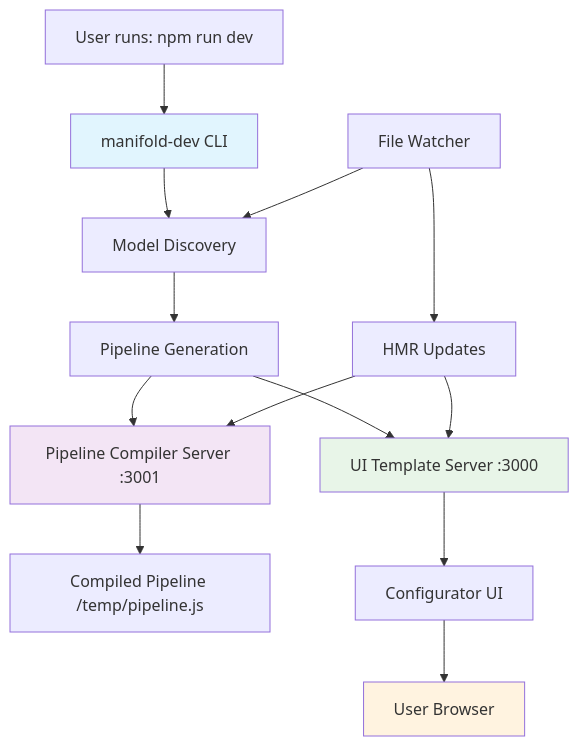
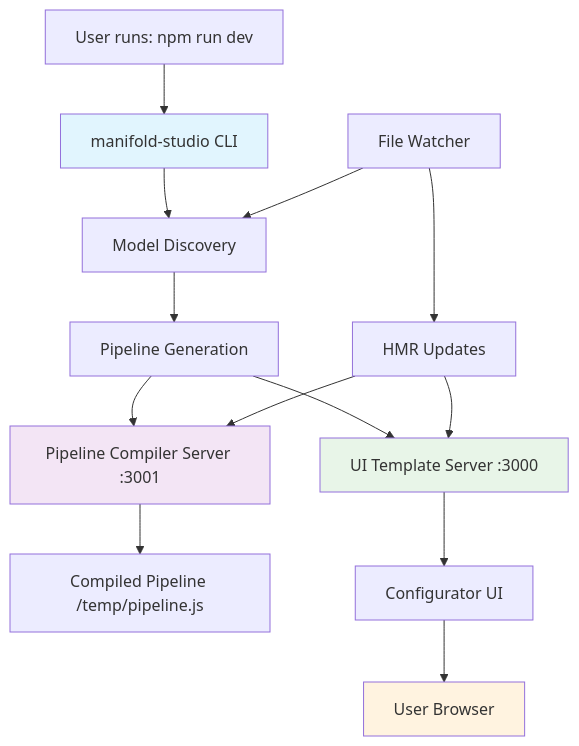
Before and after one commit to tonyhschu/manifold-cad-live-preview: the diagram in packages/configurator/README.md, drawn with Mermaid. The commit also changed other lines of this file and 16 other files, not shown here.

````diff
--- a/packages/configurator/README.md
+++ b/packages/configurator/README.md
@@ -16,21 +16,21 @@
 ```mermaid
 graph TD
-    A[User runs: npm run dev] --> B[manifold-dev CLI]
+    A[User runs: npm run dev] --> B[manifold-studio CLI]
     B --> C[Model Discovery]
     C --> D[Pipeline Generation]
     D --> E[Pipeline Compiler Server :3001]
     D --> F[UI Template Server :3000]
     E --> G[Compiled Pipeline /temp/pipeline.js]
     F --> H[Configurator UI]
     H --> I[User Browser]
 
     J[File Watcher] --> C
     J --> K[HMR Updates]
     K --> E
     K --> F
 
     style B fill:#e1f5fe
     style E fill:#f3e5f5
     style F fill:#e8f5e8
     style I fill:#fff3e0
 ```
````
